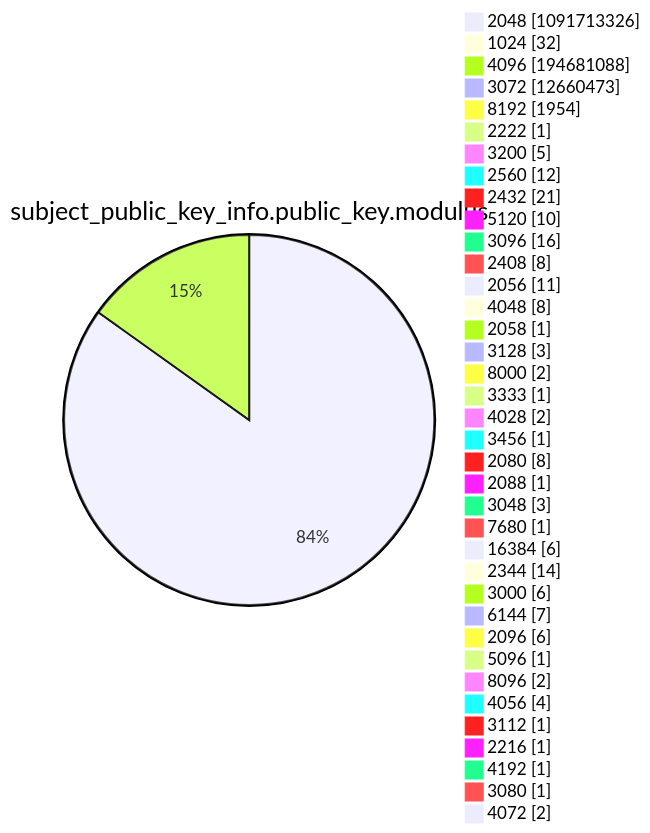
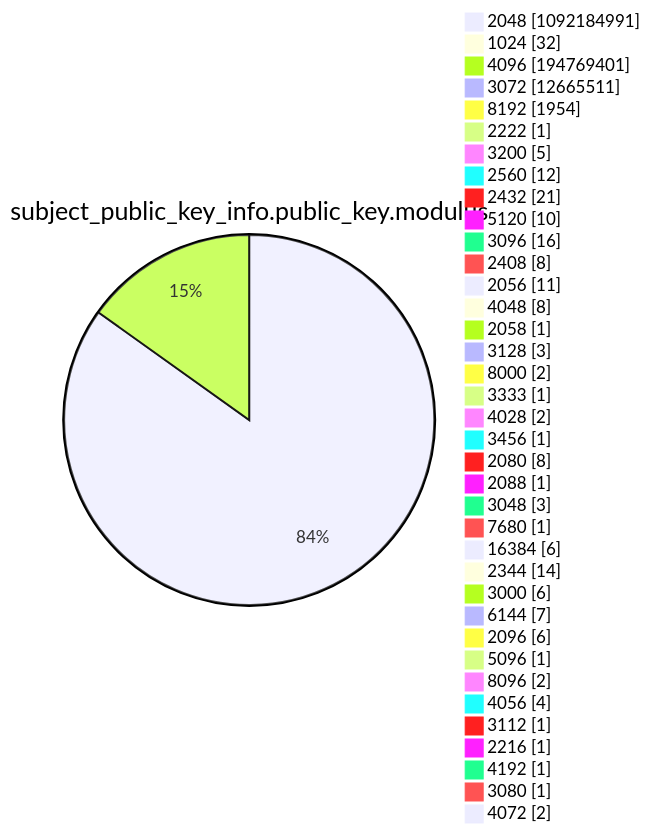
Before and after one commit to christiankrug/ctmonitor_visualization: diagram 13 of 15 in argon2022/README.md, drawn with Mermaid. The commit also changed other lines of this file, not shown here.

````diff
--- a/argon2022/README.md
+++ b/argon2022/README.md
@@ -3589,41 +3589,41 @@
 ```mermaid
 pie showData
 title subject_public_key_info.public_key.modulus
-"2048" :1091713326
+"2048" :1092184991
 "1024" :32
-"4096" :194681088
-"3072" :12660473
+"4096" :194769401
+"3072" :12665511
 "8192" :1954
 "2222" :1
 "3200" :5
 "2560" :12
 "2432" :21
 "5120" :10
 "3096" :16
 "2408" :8
 "2056" :11
 "4048" :8
 "2058" :1
 "3128" :3
 "8000" :2
 "3333" :1
 "4028" :2
 "3456" :1
 "2080" :8
 "2088" :1
 "3048" :3
 "7680" :1
 "16384" :6
 "2344" :14
 "3000" :6
 "6144" :7
 "2096" :6
 "5096" :1
 "8096" :2
 "4056" :4
 "3112" :1
 "2216" :1
 "4192" :1
 "3080" :1
 "4072" :2
 ```
````
